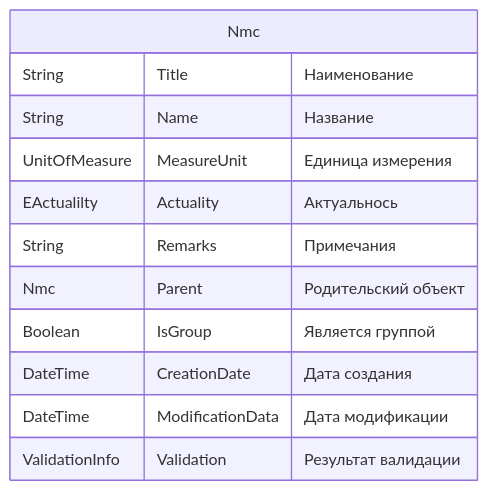
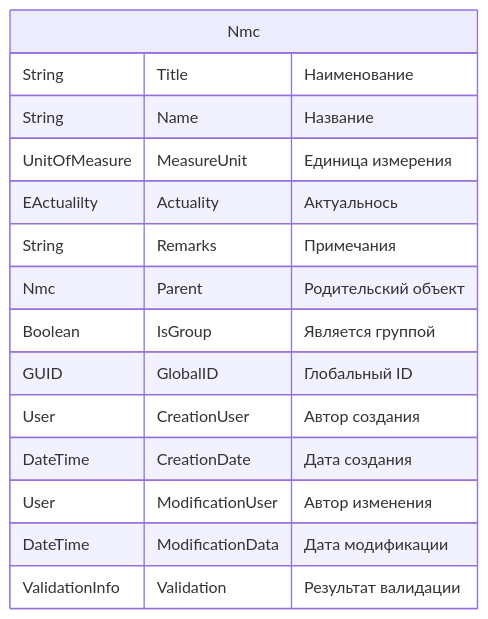
The first of 5 diagrams in Kusto/Documents/2313902__ContractorsCheck/DataModel.md (Zorin-Mykhailo/Kusto), drawn with Mermaid before and after one commit.

````diff
--- a/Kusto/Documents/2313902__ContractorsCheck/DataModel.md
+++ b/Kusto/Documents/2313902__ContractorsCheck/DataModel.md
@@ -4,18 +4,21 @@
 ```mermaid
 erDiagram
   Nmc {    
     String Title "Наименование"    
     String Name "Название"    
     UnitOfMeasure MeasureUnit "Единица измерения"
     EActualilty Actuality "Актуальнось"
     String Remarks "Примечания"
     
     Nmc Parent "Родительский объект"
     Boolean IsGroup "Является группой"
     
+    GUID GlobalID "Глобальный ID"
+    User CreationUser "Автор создания"
     DateTime CreationDate "Дата создания"
+    User ModificationUser "Автор изменения"
     DateTime ModificationData "Дата модификации"
     
     ValidationInfo Validation "Результат валидации"
   }
 ```
````
